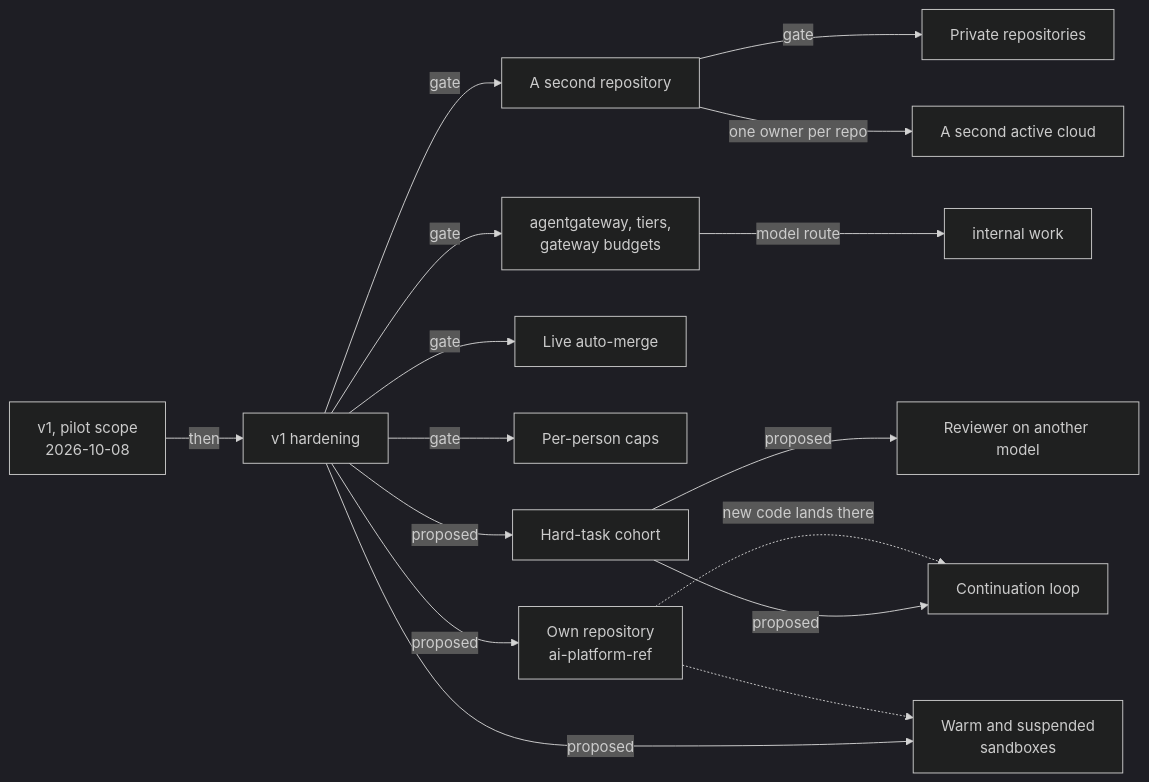
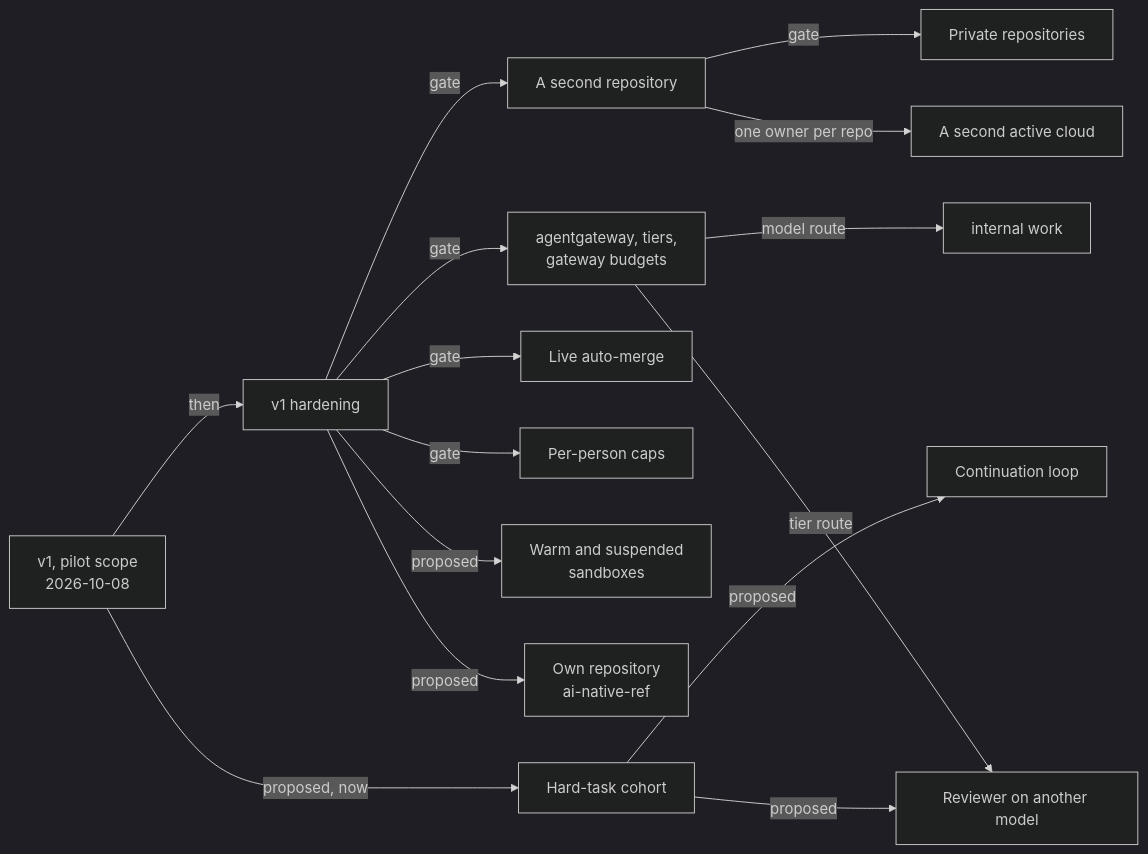
The diagram in website/content/docs/platform/ai-platform/status.md (Smana/cloud-native-ref), drawn with Mermaid (dark theme) before and after one commit. The commit also changed other lines of this file and 3 other files, not shown here.

First line of the commit message:
📝 docs(ai-platform): ai-native-ref with its own site, and review fixes

````diff
--- a/website/content/docs/platform/ai-platform/status.md
+++ b/website/content/docs/platform/ai-platform/status.md
@@ -239,18 +239,17 @@
 ```mermaid
 flowchart LR
   v1["v1, pilot scope<br/>2026-10-08"] -->|then| hard["v1 hardening"]
   hard -->|gate| repo["A second repository"]
   repo -->|gate| priv["Private repositories"]
   hard -->|gate| gw["agentgateway, tiers,<br/>gateway budgets"]
   gw -->|model route| internal["internal work"]
   hard -->|gate| merge["Live auto-merge"]
   hard -->|gate| caps["Per-person caps"]
   repo -->|one owner per repo| cloud["A second active cloud"]
-  hard -->|proposed| cohort["Hard-task cohort"]
+  v1 -->|proposed, now| cohort["Hard-task cohort"]
   cohort -->|proposed| loop["Continuation loop"]
   cohort -->|proposed| rev["Reviewer on another model"]
+  gw -->|tier route| rev
   hard -->|proposed| warm["Warm and suspended<br/>sandboxes"]
-  hard -->|proposed| split["Own repository<br/>ai-platform-ref"]
-  split -.->|new code lands there| loop
-  split -.-> warm
+  hard -->|proposed| split["Own repository<br/>ai-native-ref"]
 ```
````
